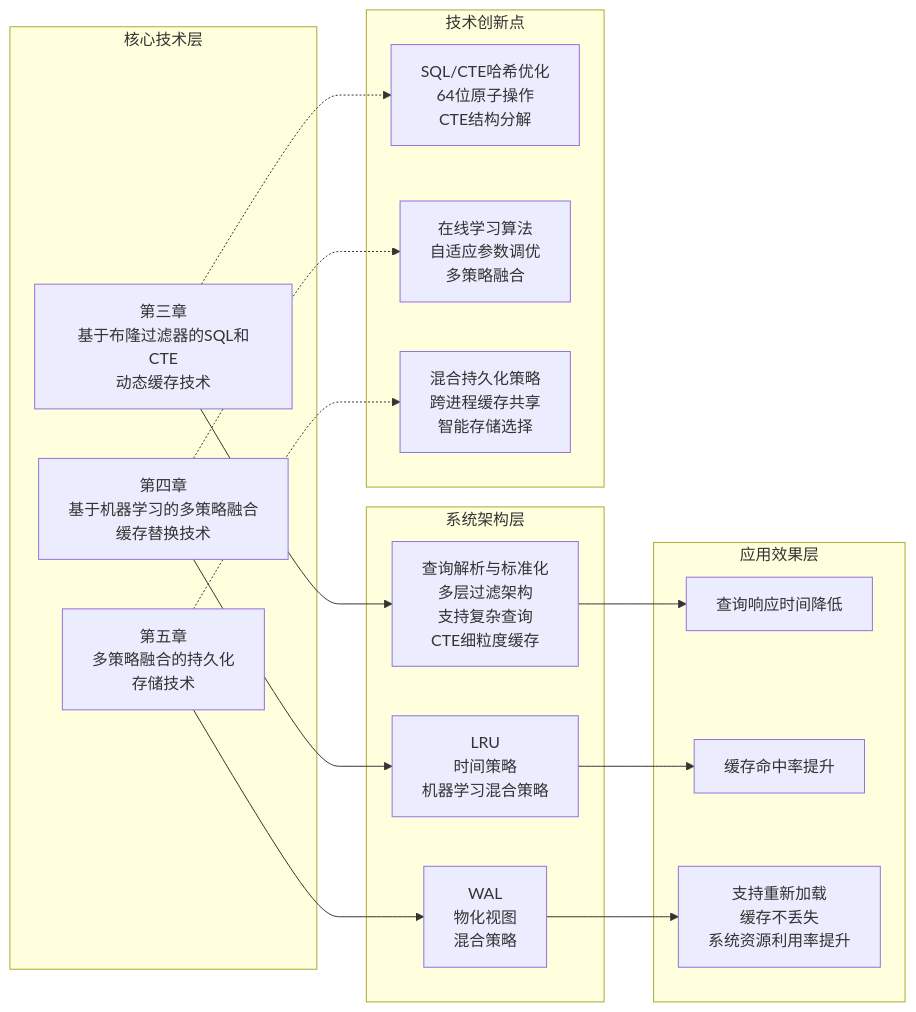
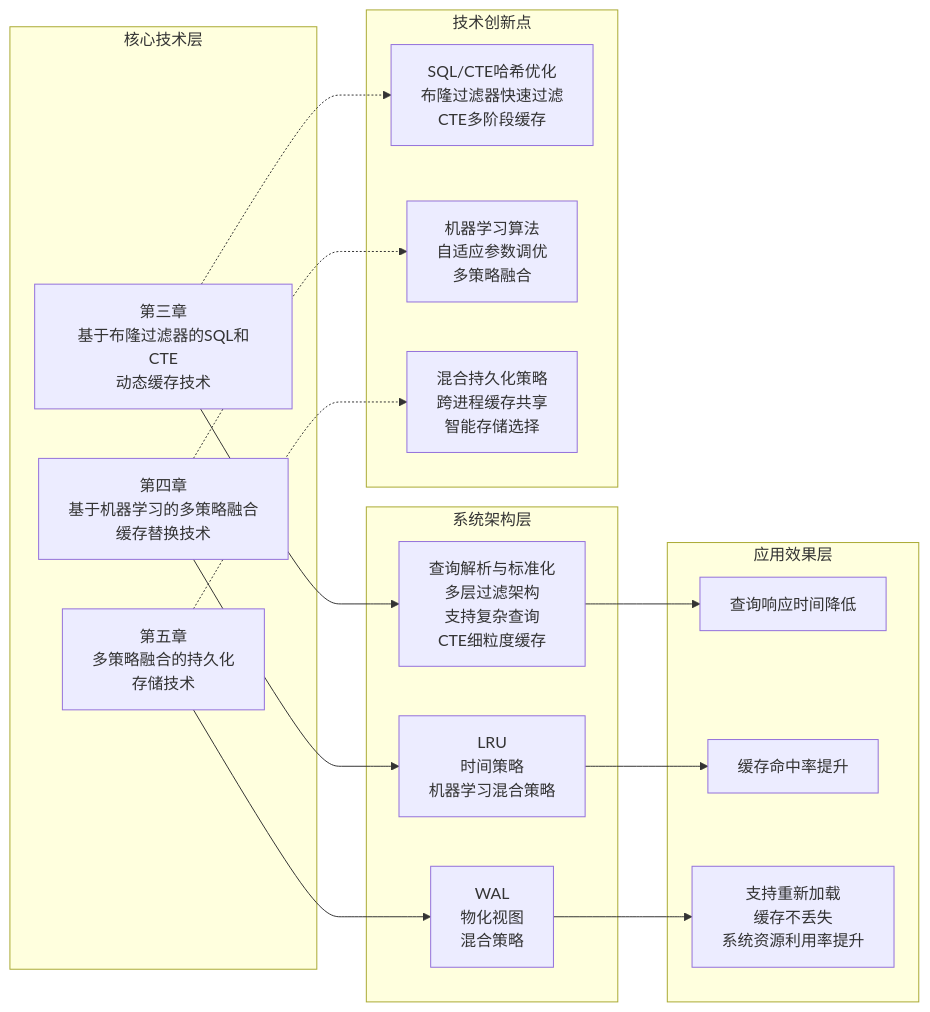
One commit to crazypenguincode/duckdb changed the second of 2 diagrams in md/第一章-绪论.md. Above: the diagram before and after it, drawn with Mermaid. The commit also changed other lines of this file and 29 other files, not shown here.

Commit message:
part2 添加图片

````diff
--- a/md/第一章-绪论.md
+++ b/md/第一章-绪论.md
@@ -125,39 +118,39 @@
 ```mermaid
 graph LR
         subgraph "核心技术层"
             A1[第三章<br>基于布隆过滤器的SQL和CTE<br>动态缓存技术]
             A2[第四章<br>基于机器学习的多策略融合<br>缓存替换技术]
             A3[第五章<br>多策略融合的持久化<br>存储技术]
         end
         
         subgraph "系统架构层"
             B1[查询解析与标准化<br />多层过滤架构<br/>支持复杂查询<br/>CTE细粒度缓存]
             B2[LRU<br>时间策略<br>机器学习混合策略]
             B3[WAL<br>物化视图<br>混合策略]
         end
         
         subgraph "应用效果层"
             C1[查询响应时间降低]
             C2[缓存命中率提升]
             C3[支持重新加载<br />缓存不丢失<br />系统资源利用率提升]
         end
         
         A1 --> B1
         A2 --> B2
         A3 --> B3
         
         B1 --> C1
         B2 --> C2
         B3 --> C3
         
         subgraph "技术创新点"
-            D1[SQL/CTE哈希优化<br/>64位原子操作<br/>CTE结构分解]
-            D2[在线学习算法<br/>自适应参数调优<br/>多策略融合]
+            D1[SQL/CTE哈希优化<br/>布隆过滤器快速过滤<br>CTE多阶段缓存]
+            D2[机器学习算法<br/>自适应参数调优<br/>多策略融合]
             D3[混合持久化策略<br/>跨进程缓存共享<br/>智能存储选择]
         end
         
         A1 -.-> D1
         A2 -.-> D2
         A3 -.-> D3
 
 ```
````
